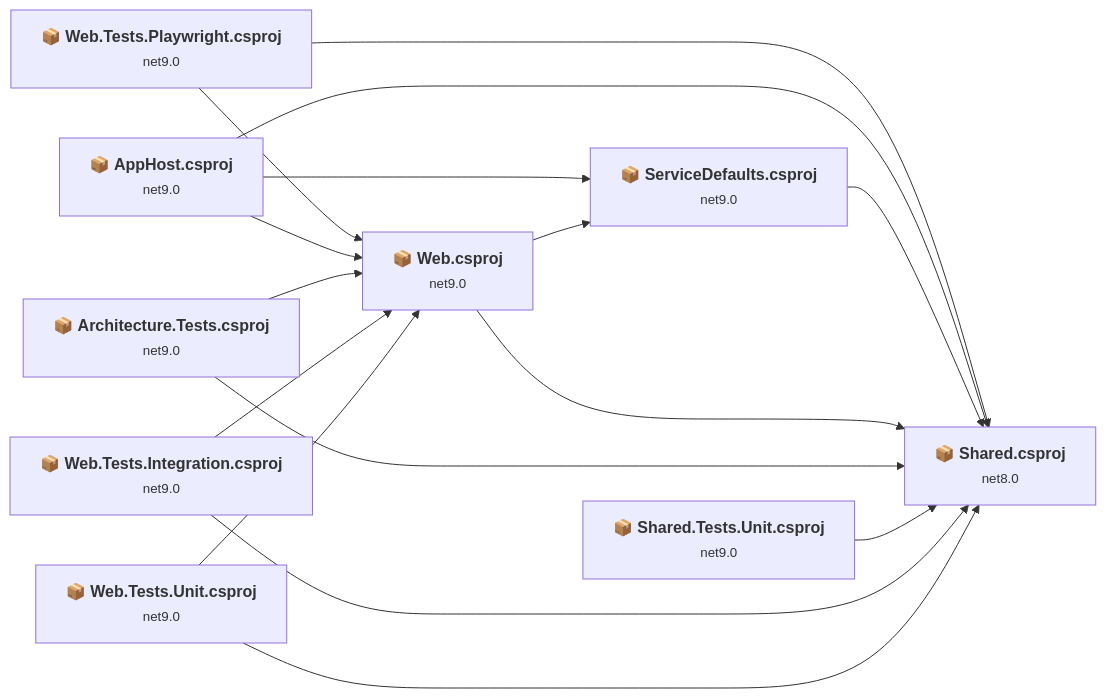
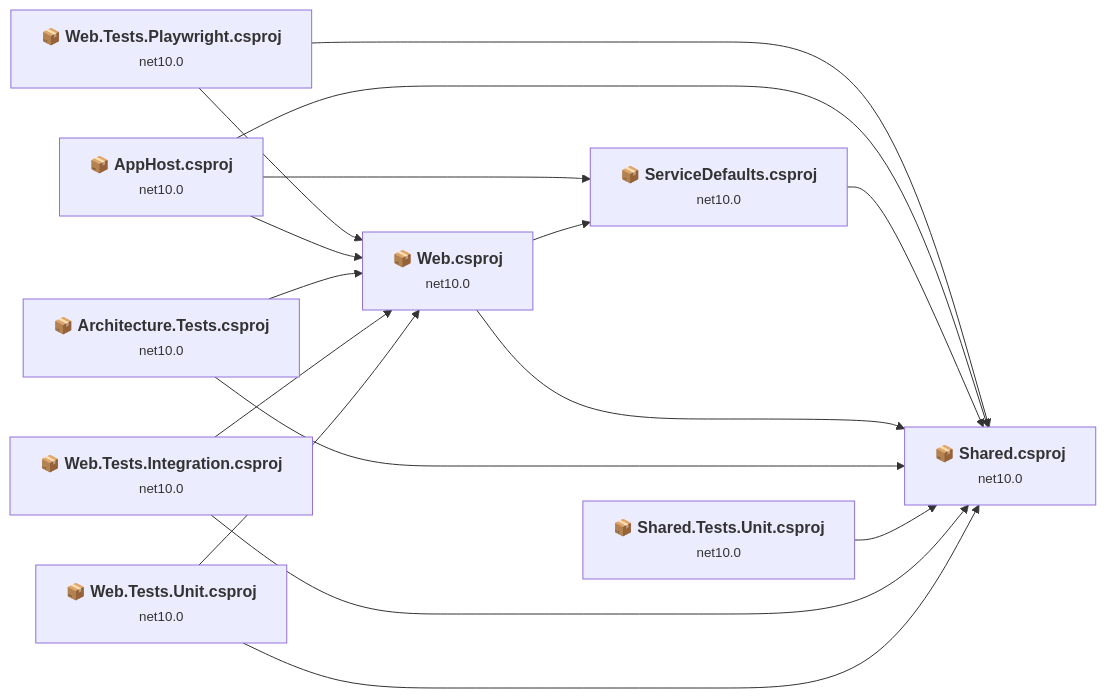
One commit to mpaulosky/ArticlesSite changed the first of 10 diagrams in .github/upgrades/assessment.md. Above: the diagram before and after it, drawn with Mermaid. The commit also changed other lines of this file and 11 other files, not shown here.

````diff
--- a/.github/upgrades/assessment.md
+++ b/.github/upgrades/assessment.md
@@ -28,37 +28,37 @@
 ```mermaid
 flowchart LR
-    P1["<b>📦&nbsp;Web.Tests.Playwright.csproj</b><br/><small>net9.0</small>"]
-    P2["<b>📦&nbsp;AppHost.csproj</b><br/><small>net9.0</small>"]
-    P3["<b>📦&nbsp;ServiceDefaults.csproj</b><br/><small>net9.0</small>"]
-    P4["<b>📦&nbsp;Shared.csproj</b><br/><small>net8.0</small>"]
-    P5["<b>📦&nbsp;Web.csproj</b><br/><small>net9.0</small>"]
-    P6["<b>📦&nbsp;Architecture.Tests.csproj</b><br/><small>net9.0</small>"]
-    P7["<b>📦&nbsp;Shared.Tests.Unit.csproj</b><br/><small>net9.0</small>"]
-    P8["<b>📦&nbsp;Web.Tests.Integration.csproj</b><br/><small>net9.0</small>"]
-    P9["<b>📦&nbsp;Web.Tests.Unit.csproj</b><br/><small>net9.0</small>"]
+    P1["<b>📦&nbsp;Web.Tests.Playwright.csproj</b><br/><small>net10.0</small>"]
+    P2["<b>📦&nbsp;AppHost.csproj</b><br/><small>net10.0</small>"]
+    P3["<b>📦&nbsp;ServiceDefaults.csproj</b><br/><small>net10.0</small>"]
+    P4["<b>📦&nbsp;Shared.csproj</b><br/><small>net10.0</small>"]
+    P5["<b>📦&nbsp;Web.csproj</b><br/><small>net10.0</small>"]
+    P6["<b>📦&nbsp;Architecture.Tests.csproj</b><br/><small>net10.0</small>"]
+    P7["<b>📦&nbsp;Shared.Tests.Unit.csproj</b><br/><small>net10.0</small>"]
+    P8["<b>📦&nbsp;Web.Tests.Integration.csproj</b><br/><small>net10.0</small>"]
+    P9["<b>📦&nbsp;Web.Tests.Unit.csproj</b><br/><small>net10.0</small>"]
     P1 --> P4
     P1 --> P5
     P2 --> P4
     P2 --> P3
     P2 --> P5
     P3 --> P4
     P5 --> P4
     P5 --> P3
     P6 --> P4
     P6 --> P5
     P7 --> P4
     P8 --> P4
     P8 --> P5
     P9 --> P4
     P9 --> P5
     click P1 "#e2ewebtestsplaywrightwebtestsplaywrightcsproj"
     click P2 "#srcapphostapphostcsproj"
     click P3 "#srcservicedefaultsservicedefaultscsproj"
     click P4 "#srcsharedsharedcsproj"
     click P5 "#srcwebwebcsproj"
     click P6 "#testsarchitecturetestsarchitecturetestscsproj"
     click P7 "#testssharedtestsunitsharedtestsunitcsproj"
     click P8 "#testswebtestsintegrationwebtestsintegrationcsproj"
     click P9 "#testswebtestsunitwebtestsunitcsproj"
 
 ```
````
